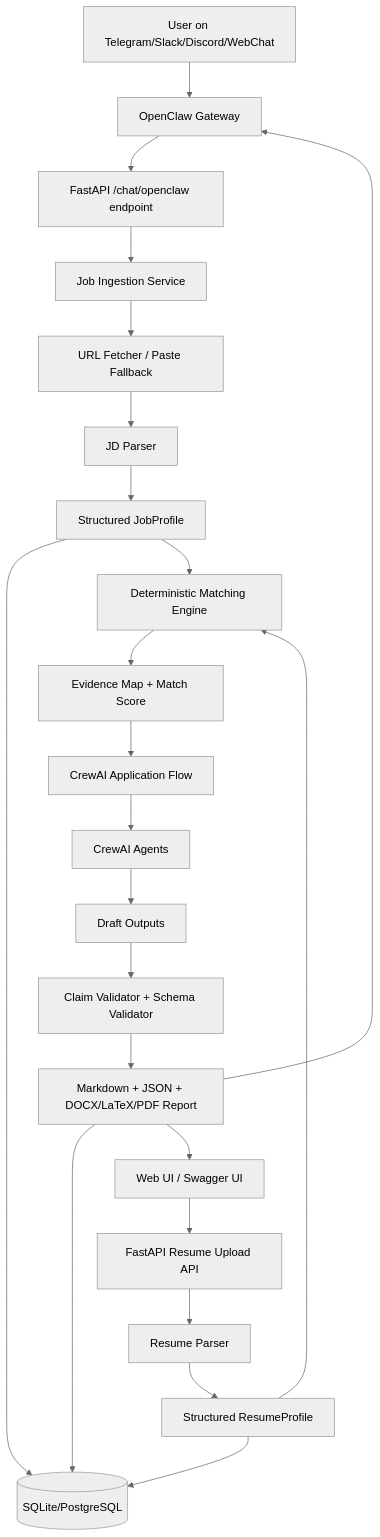
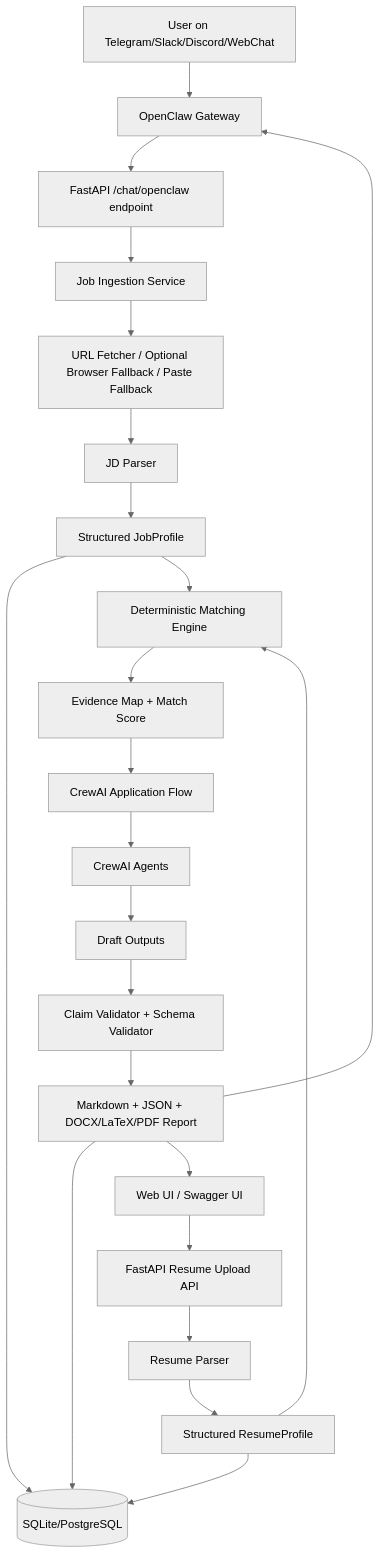
Before and after one commit to AdityaChaudhari901/ResumePilot: the first of 2 diagrams in Docs/crewai-job-copilot-mvp-docs/docs/03_ARCHITECTURE.md, drawn with Mermaid (neutral theme). The commit also changed other lines of this file and 24 other files, not shown here.

````diff
--- a/Docs/crewai-job-copilot-mvp-docs/docs/03_ARCHITECTURE.md
+++ b/Docs/crewai-job-copilot-mvp-docs/docs/03_ARCHITECTURE.md
@@ -5,30 +5,30 @@
 ```mermaid
 flowchart TD
     User[User on Telegram/Slack/Discord/WebChat] --> OC[OpenClaw Gateway]
     OC --> ChatAPI[FastAPI /chat/openclaw endpoint]
 
     WebUI[Web UI / Swagger UI] --> ResumeAPI[FastAPI Resume Upload API]
     ResumeAPI --> Parser[Resume Parser]
     Parser --> ResumeProfile[Structured ResumeProfile]
     ResumeProfile --> DB[(SQLite/PostgreSQL)]
 
     ChatAPI --> JobIngest[Job Ingestion Service]
-    JobIngest --> Fetcher[URL Fetcher / Paste Fallback]
+    JobIngest --> Fetcher[URL Fetcher / Optional Browser Fallback / Paste Fallback]
     Fetcher --> JDParser[JD Parser]
     JDParser --> JobProfile[Structured JobProfile]
     JobProfile --> DB
 
     ResumeProfile --> Matcher[Deterministic Matching Engine]
     JobProfile --> Matcher
     Matcher --> Evidence[Evidence Map + Match Score]
 
     Evidence --> Flow[CrewAI Application Flow]
     Flow --> Agents[CrewAI Agents]
     Agents --> Drafts[Draft Outputs]
 
     Drafts --> Validator[Claim Validator + Schema Validator]
     Validator --> Report[Markdown + JSON + DOCX/LaTeX/PDF Report]
     Report --> DB
     Report --> OC
     Report --> WebUI
 ```
````
